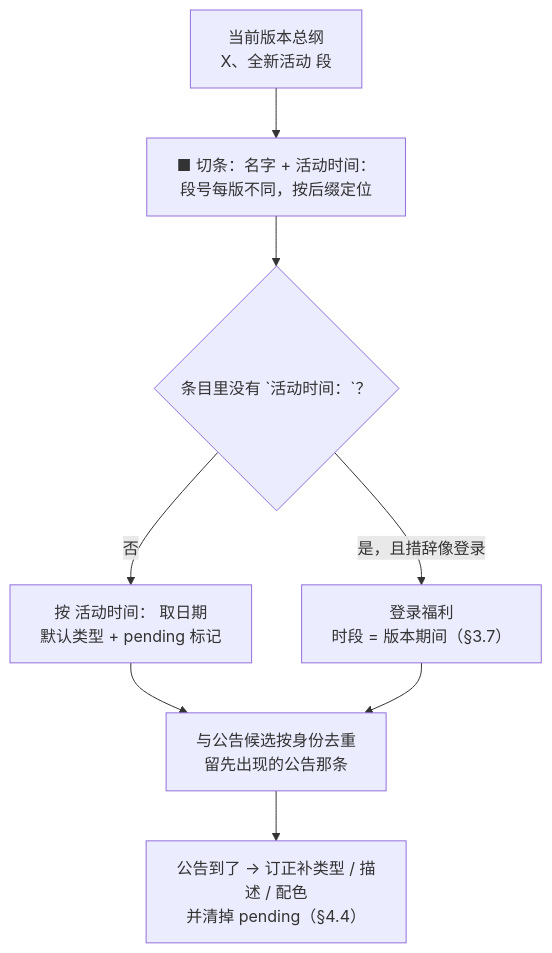
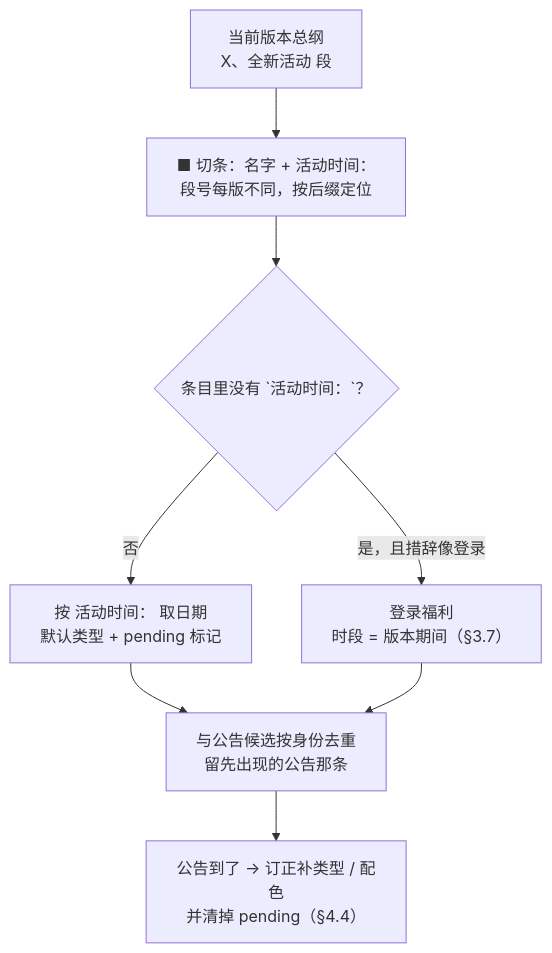
The ninth of 11 diagrams in tools/editor/starrail/RULES.md (autummu2/HoyoCalendar), drawn with Mermaid before and after one commit. The commit also changed other lines of this file and 8 other files, not shown here.

````diff
--- a/tools/editor/starrail/RULES.md
+++ b/tools/editor/starrail/RULES.md
@@ -333,10 +333,10 @@
 ```mermaid
 flowchart TD
     A["当前版本总纲<br/>X、全新活动 段"] --> B["■ 切条：名字 + 活动时间：<br/>段号每版不同，按后缀定位"]
     B --> C{"条目里没有 `活动时间：`？"}
     C -->|"是，且措辞像登录"| D["登录福利<br/>时段 = 版本期间（§3.7）"]
     C -->|"否"| E["按 活动时间： 取日期<br/>默认类型 + pending 标记"]
     E --> F["与公告候选按身份去重<br/>留先出现的公告那条"]
     D --> F
-    F --> G["公告到了 → 订正补类型 / 描述 / 配色<br/>并清掉 pending（§4.4）"]
+    F --> G["公告到了 → 订正补类型 / 配色<br/>并清掉 pending（§4.4）"]
 ```
````
